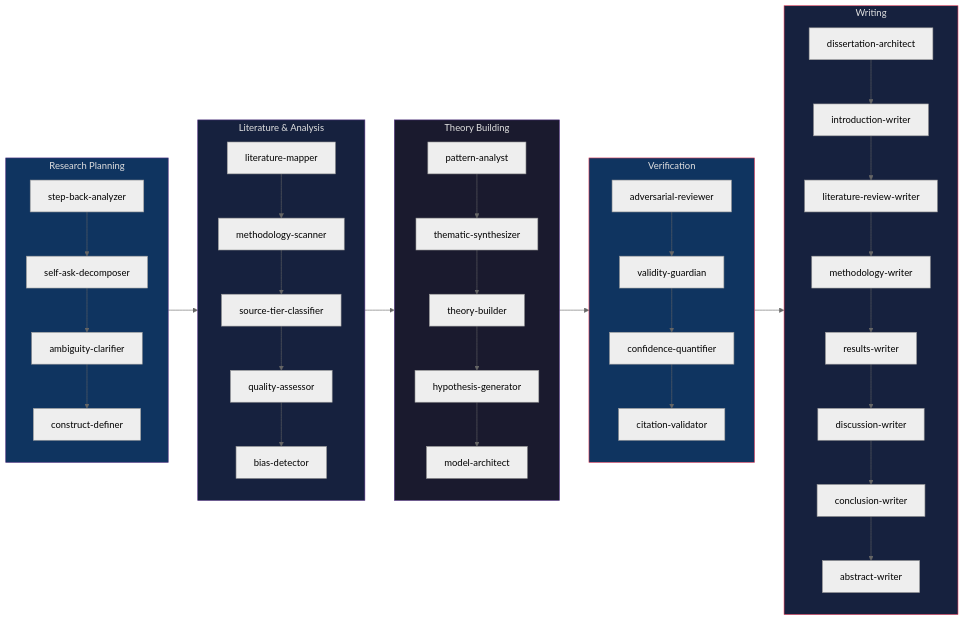
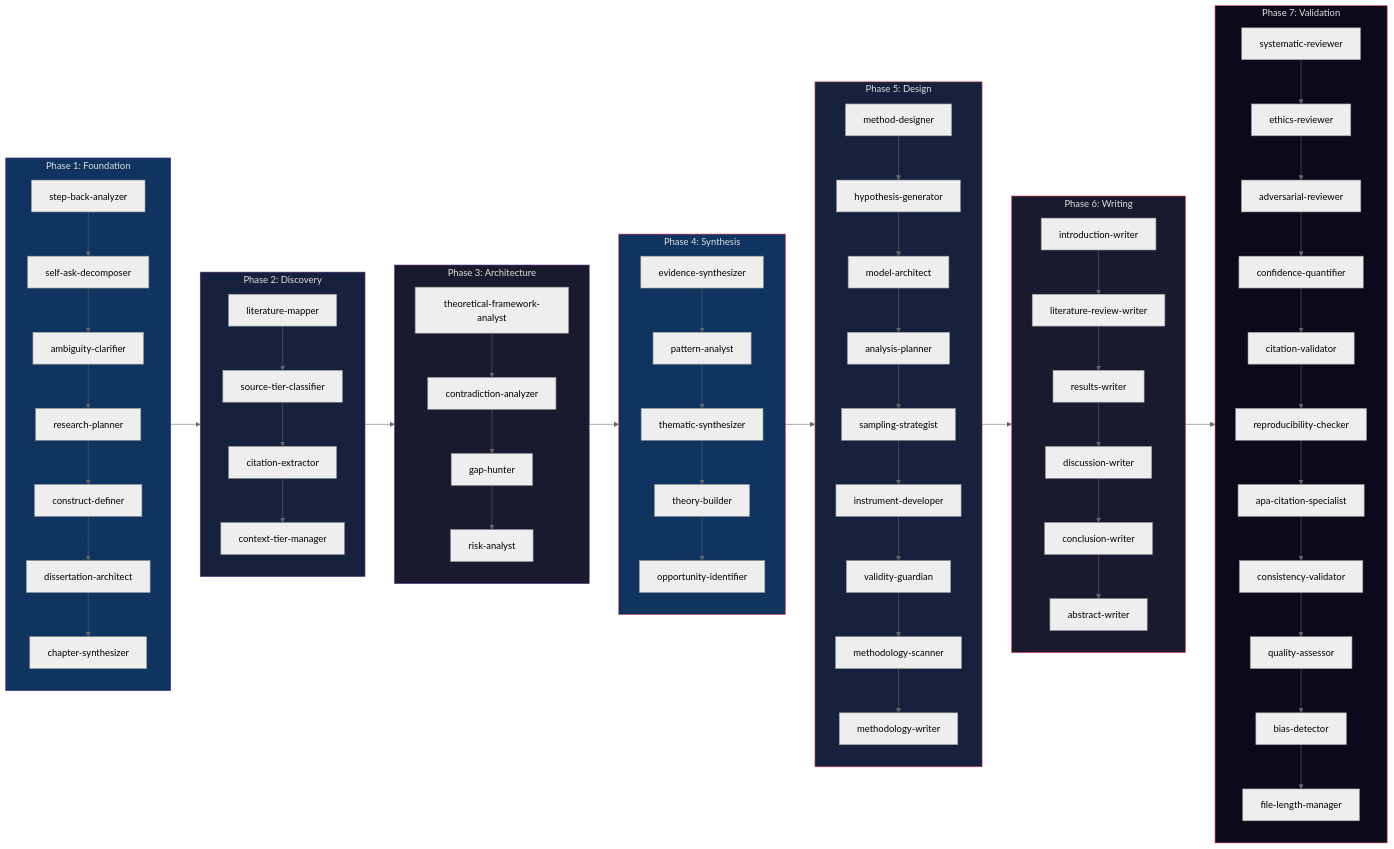
Before and after one commit to ste-bah/archon-cli: the tenth of 15 diagrams in README.md, drawn with Mermaid (neutral theme). The commit also changed other lines of this file and 77 other files, not shown here.

````diff
--- a/README.md
+++ b/README.md
@@ -1726,46 +1743,72 @@
 ```mermaid
 graph LR
-    subgraph RP["Research Planning"]
+    subgraph P1["Phase 1: Foundation"]
         SB["step-back-analyzer"] --> SD2["self-ask-decomposer"]
         SD2 --> AC["ambiguity-clarifier"]
-        AC --> CDef["construct-definer"]
+        AC --> RPL["research-planner"]
+        RPL --> CDef["construct-definer"]
+        CDef --> DA2["dissertation-architect"]
+        DA2 --> CS["chapter-synthesizer"]
     end
 
-    subgraph LR2["Literature & Analysis"]
-        LM["literature-mapper"] --> MS["methodology-scanner"]
-        MS --> ST2["source-tier-classifier"]
-        ST2 --> QA["quality-assessor"]
-        QA --> BD["bias-detector"]
+    subgraph P2["Phase 2: Discovery"]
+        LM["literature-mapper"] --> STC["source-tier-classifier"]
+        STC --> CE["citation-extractor"]
+        CE --> CTM["context-tier-manager"]
     end
 
-    subgraph TB["Theory Building"]
-        PA2["pattern-analyst"] --> TS2["thematic-synthesizer"]
-        TS2 --> TB2["theory-builder"]
-        TB2 --> HG["hypothesis-generator"]
-        HG --> MA["model-architect"]
+    subgraph P3["Phase 3: Architecture"]
+        TFA["theoretical-framework-analyst"] --> CA["contradiction-analyzer"]
+        CA --> GH["gap-hunter"]
+        GH --> RA["risk-analyst"]
     end
 
-    subgraph VV["Verification"]
-        AR["adversarial-reviewer"] --> VG["validity-guardian"]
-        VG --> CQ["confidence-quantifier"]
-        CQ --> CV["citation-validator"]
+    subgraph P4["Phase 4: Synthesis"]
+        ES["evidence-synthesizer"] --> PAN["pattern-analyst"]
+        PAN --> TS2["thematic-synthesizer"]
+        TS2 --> TB2["theory-builder"]
+        TB2 --> OI["opportunity-identifier"]
     end
 
-    subgraph WR["Writing"]
-        DA2["dissertation-architect"] --> IW["introduction-writer"]
-        IW --> LRW["literature-review-writer"]
-        LRW --> MW["methodology-writer"]
-        MW --> RW["results-writer"]
+    subgraph P5["Phase 5: Design"]
+        MD["method-designer"] --> HG["hypothesis-generator"]
+        HG --> MA["model-architect"]
+        MA --> AP["analysis-planner"]
+        AP --> SS["sampling-strategist"]
+        SS --> IND["instrument-developer"]
+        IND --> VG["validity-guardian"]
+        VG --> MSC["methodology-scanner"]
+        MSC --> MW["methodology-writer"]
+    end
+
+    subgraph P6["Phase 6: Writing"]
+        IW["introduction-writer"] --> LRW["literature-review-writer"]
+        LRW --> RW["results-writer"]
         RW --> DW["discussion-writer"]
         DW --> CW["conclusion-writer"]
         CW --> AW["abstract-writer"]
     end
 
-    RP --> LR2 --> TB --> VV --> WR
+    subgraph P7["Phase 7: Validation"]
+        SR["systematic-reviewer"] --> ER["ethics-reviewer"]
+        ER --> ADR["adversarial-reviewer"]
+        ADR --> CQ["confidence-quantifier"]
+        CQ --> CIV["citation-validator"]
+        CIV --> RC["reproducibility-checker"]
+        RC --> APA["apa-citation-specialist"]
+        APA --> CON["consistency-validator"]
+        CON --> QAS["quality-assessor"]
+        QAS --> BD["bias-detector"]
+        BD --> FLM["file-length-manager"]
+    end
 
-    style RP fill:#0f3460,stroke:#533483,color:#e0e0e0
-    style LR2 fill:#16213e,stroke:#533483,color:#e0e0e0
-    style TB fill:#1a1a2e,stroke:#533483,color:#e0e0e0
-    style VV fill:#0f3460,stroke:#e94560,color:#e0e0e0
-    style WR fill:#16213e,stroke:#e94560,color:#e0e0e0
+    P1 --> P2 --> P3 --> P4 --> P5 --> P6 --> P7
+
+    style P1 fill:#0f3460,stroke:#533483,color:#e0e0e0
+    style P2 fill:#16213e,stroke:#533483,color:#e0e0e0
+    style P3 fill:#1a1a2e,stroke:#533483,color:#e0e0e0
+    style P4 fill:#0f3460,stroke:#e94560,color:#e0e0e0
+    style P5 fill:#16213e,stroke:#e94560,color:#e0e0e0
+    style P6 fill:#1a1a2e,stroke:#e94560,color:#e0e0e0
+    style P7 fill:#0a0a1a,stroke:#e94560,color:#e0e0e0
 ```
````
